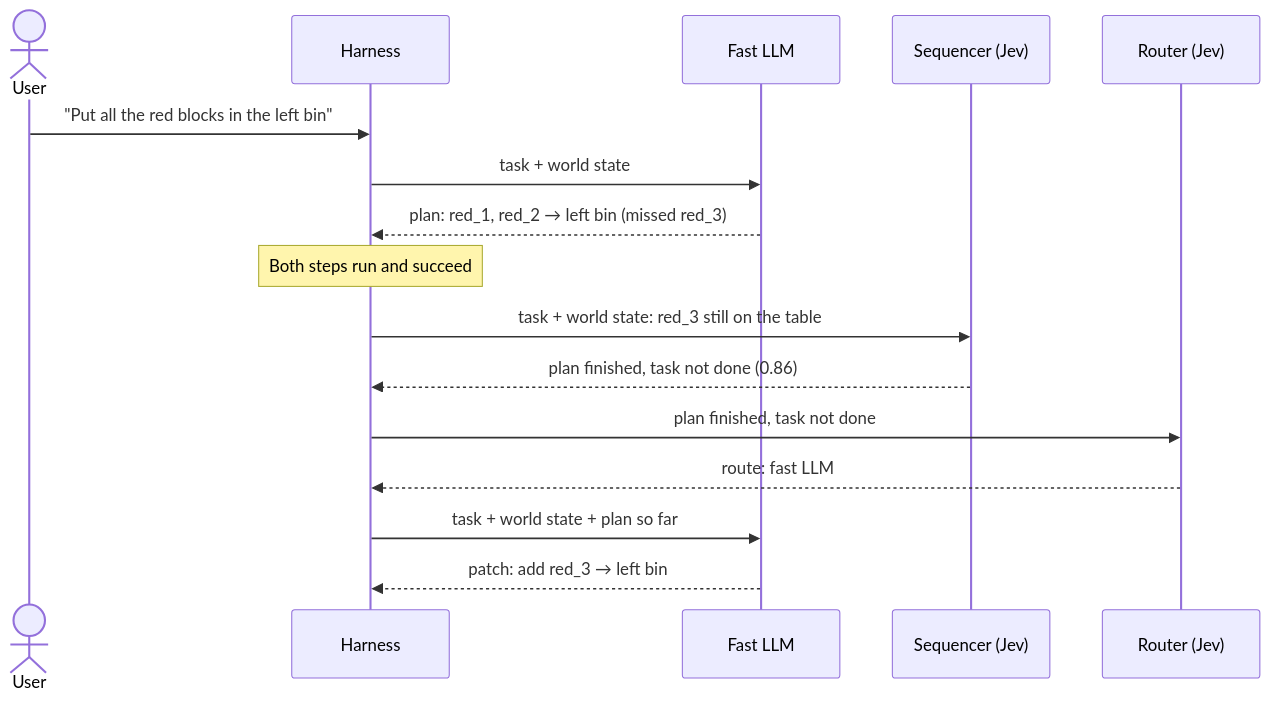
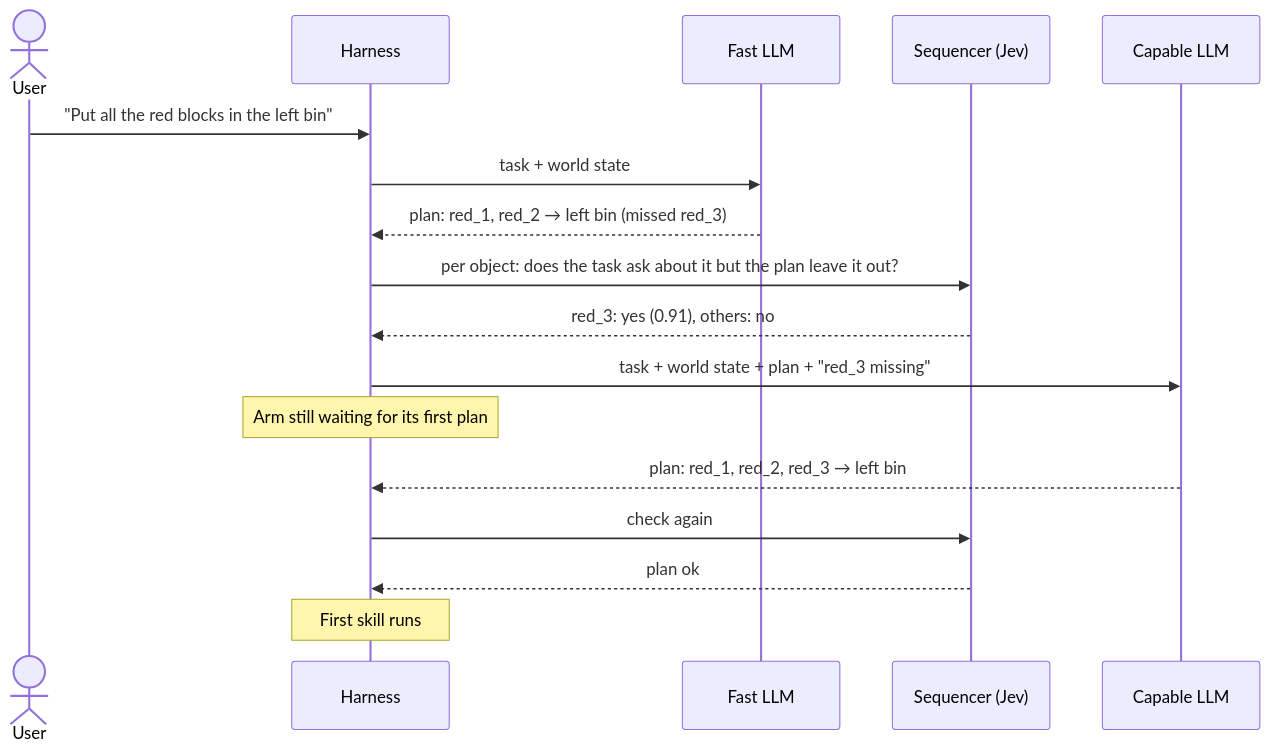
One commit to alee792/robojev changed the sixth of 7 diagrams in docs/v2-diagrams.md. Above: the diagram before and after it, drawn with Mermaid. The commit also changed other lines of this file and 1 other file, not shown here.

First line of the commit message:
v2: apply TypeSafe docs guidance (plan check before running, per-object progress questions, per-route thresholds and complexity score, parameters with a 'stated' question, a section on writing Jev questions); diagrams updated

````diff
--- a/docs/v2-diagrams.md
+++ b/docs/v2-diagrams.md
@@ -178,19 +184,20 @@
 ```mermaid
 sequenceDiagram
     actor U as User
     participant H as Harness
-    participant P as Fast LLM
+    participant P1 as Fast LLM
     participant S as Sequencer (Jev)
-    participant Ro as Router (Jev)
+    participant P2 as Capable LLM
 
     U->>H: "Put all the red blocks in the left bin"
-    H->>P: task + world state
-    P-->>H: plan: red_1, red_2 → left bin (missed red_3)
-    Note over H: Both steps run and succeed
-    H->>S: task + world state: red_3 still on the table
-    S-->>H: plan finished, task not done (0.86)
-    H->>Ro: plan finished, task not done
-    Ro-->>H: route: fast LLM
-    H->>P: task + world state + plan so far
-    P-->>H: patch: add red_3 → left bin
+    H->>P1: task + world state
+    P1-->>H: plan: red_1, red_2 → left bin (missed red_3)
+    H->>S: per object: does the task ask about it but the plan leave it out?
+    S-->>H: red_3: yes (0.91), others: no
+    H->>P2: task + world state + plan + "red_3 missing"
+    Note over H: Arm still waiting for its first plan
+    P2-->>H: plan: red_1, red_2, red_3 → left bin
+    H->>S: check again
+    S-->>H: plan ok
+    Note over H: First skill runs
 ```
````
